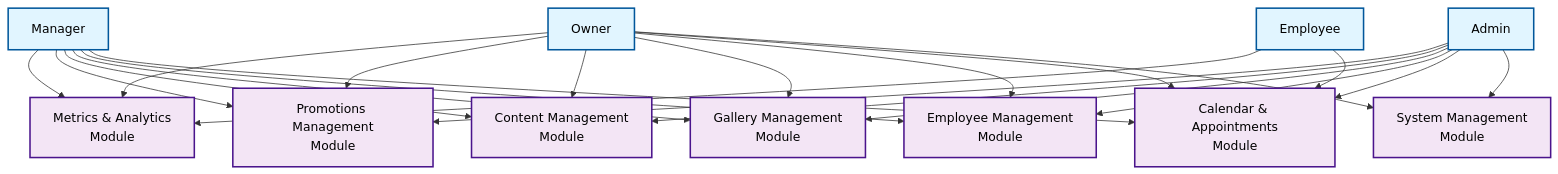
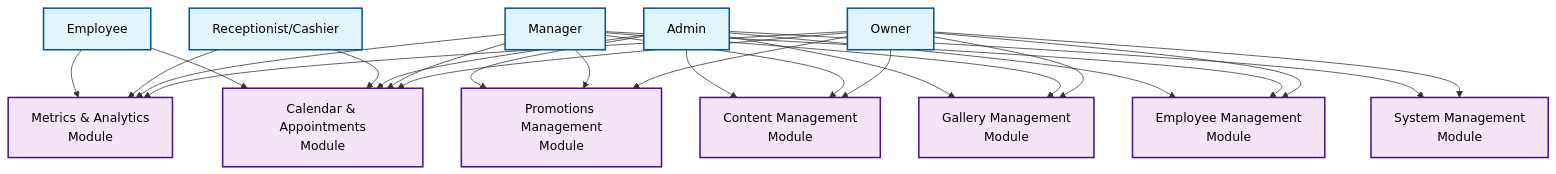
One commit to ngdzu/atelier2 changed the diagram in doc/diagrams/dashboard-use-cases-overview.mmd. Above: the diagram before and after it, drawn with Mermaid. The commit also changed 13 other files, not shown here.

```diff
--- a/doc/diagrams/dashboard-use-cases-overview.mmd
+++ b/doc/diagrams/dashboard-use-cases-overview.mmd
@@ -1,54 +1,59 @@
 %% Dashboard Management System - Use Case Overview Diagram
 %% High-level view showing main modules and actors
 
 graph TB
     %% Actors
     Owner[Owner]
     Manager[Manager]
     Admin[Admin]
+    Receptionist[Receptionist/Cashier]
     Employee[Employee]
     
     %% Main Modules
     Metrics[Metrics & Analytics<br/>Module]
     Promotions[Promotions Management<br/>Module]
     Content[Content Management<br/>Module]
     Gallery[Gallery Management<br/>Module]
     Employees[Employee Management<br/>Module]
     Calendar[Calendar & Appointments<br/>Module]
     System[System Management<br/>Module]
     
     %% Owner access
     Owner --> Metrics
     Owner --> Promotions
     Owner --> Content
     Owner --> Gallery
     Owner --> Employees
     Owner --> Calendar
     Owner --> System
     
     %% Manager access
     Manager --> Metrics
     Manager --> Promotions
     Manager --> Content
     Manager --> Gallery
     Manager --> Employees
     Manager --> Calendar
     
     %% Admin access
     Admin --> Promotions
     Admin --> Content
     Admin --> Gallery
     Admin --> Employees
     Admin --> Calendar
     Admin --> System
     
+    %% Receptionist/Cashier access
+    Receptionist --> Calendar
+    Receptionist --> Metrics
+    
     %% Employee access (limited)
     Employee --> Metrics
     Employee --> Calendar
     
     %% Styling
     classDef actor fill:#e1f5ff,stroke:#01579b,stroke-width:2px,color:#000000
     classDef module fill:#f3e5f5,stroke:#4a148c,stroke-width:2px,color:#000000
     
-    class Owner,Manager,Admin,Employee actor
+    class Owner,Manager,Admin,Receptionist,Employee actor
     class Metrics,Promotions,Content,Gallery,Employees,Calendar,System module
```
